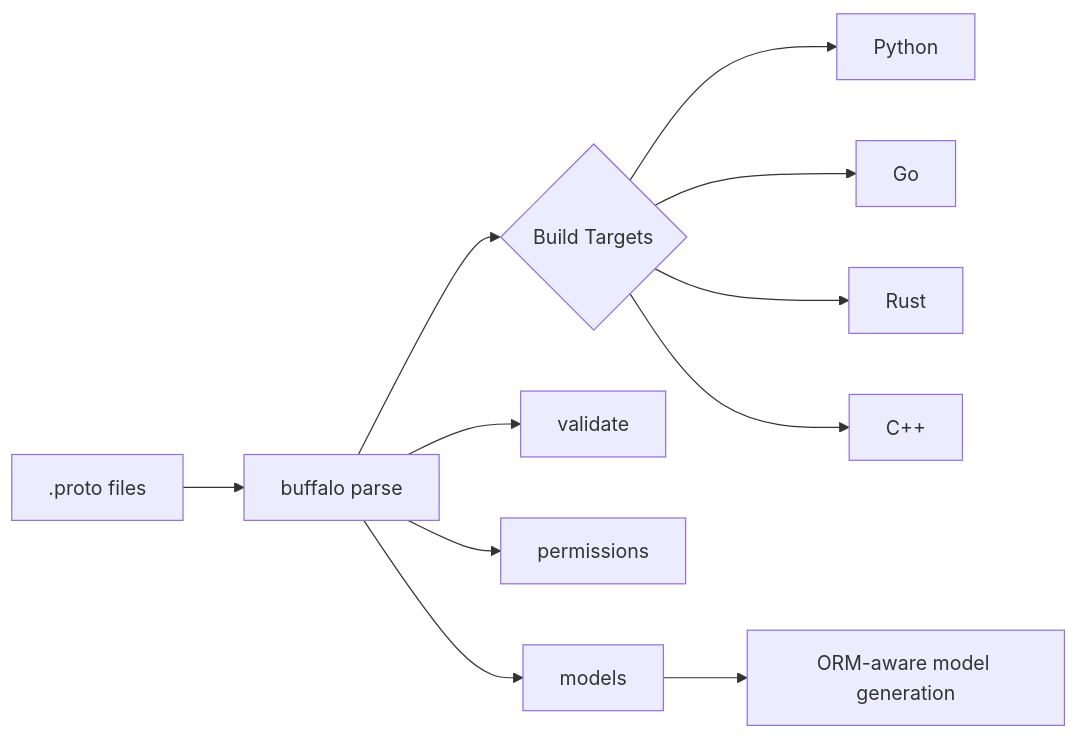
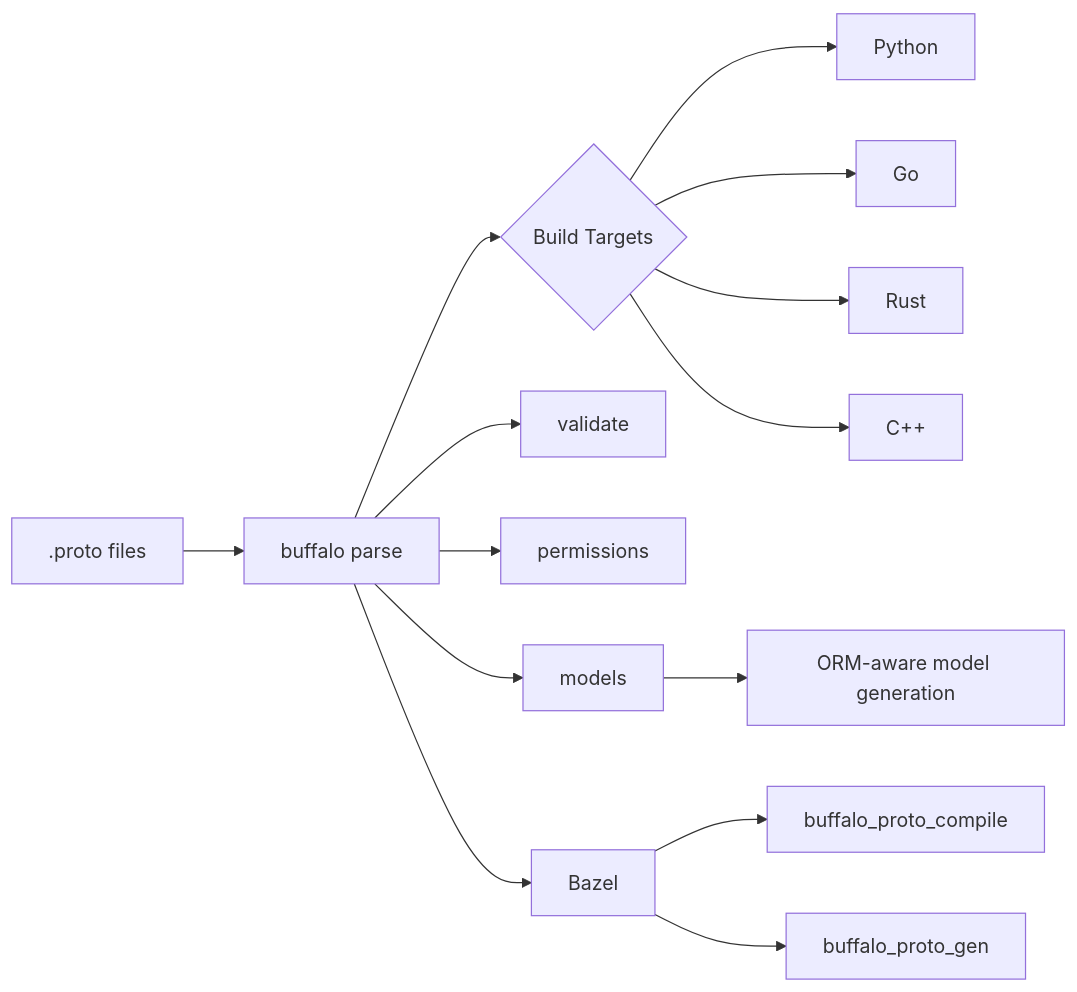
Before and after one commit to massonsky/buffalo: the first of 2 diagrams in README.md, drawn with Mermaid. The commit also changed other lines of this file, not shown here.

First line of the commit message:
docs(readme): add Bazel integration section and update version badge

````diff
--- a/README.md
+++ b/README.md
@@ -41,13 +50,16 @@
 ```mermaid
 graph LR
     A[.proto files] --> B[buffalo parse]
     B --> C{Build Targets}
     C --> D[Python]
     C --> E[Go]
     C --> F[Rust]
     C --> G[C++]
     B --> H[validate]
     B --> I[permissions]
     B --> J[models]
     J --> K[ORM-aware model generation]
+    B --> L[Bazel]
+    L --> M[buffalo_proto_compile]
+    L --> N[buffalo_proto_gen]
 ```
````
